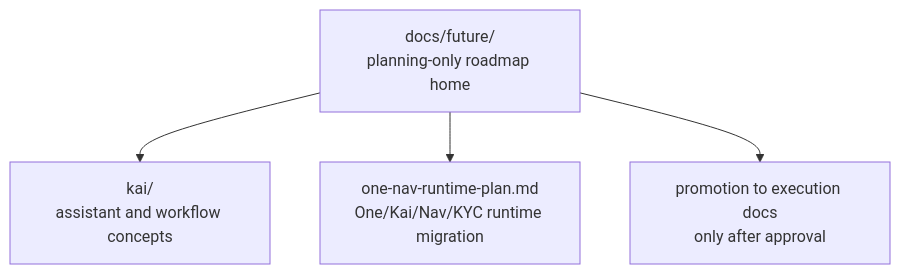
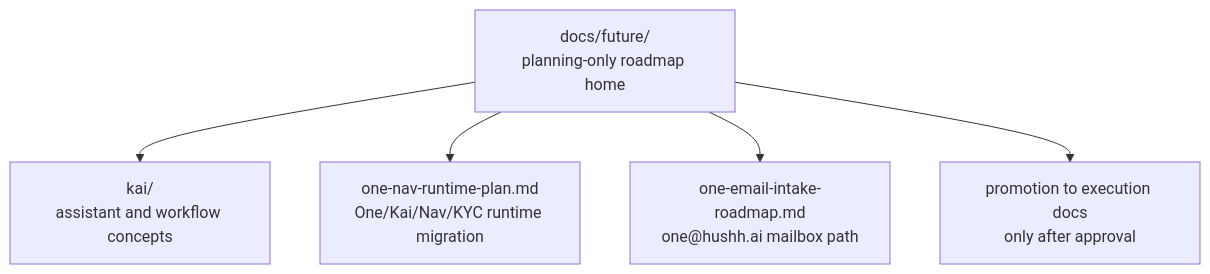
One commit to hushh-labs/hushh-research changed the diagram in docs/future/README.md. Above: the diagram before and after it, drawn with Mermaid. The commit also changed other lines of this file and 100 other files, not shown here.

````diff
--- a/docs/future/README.md
+++ b/docs/future/README.md
@@ -7,11 +7,13 @@
 ```mermaid
 flowchart TD
   root["docs/future/<br/>planning-only roadmap home"]
   kai["kai/<br/>assistant and workflow concepts"]
   oneNav["one-nav-runtime-plan.md<br/>One/Kai/Nav/KYC runtime migration"]
+  oneEmail["one-email-intake-roadmap.md<br/>one@hushh.ai mailbox path"]
   execution["promotion to execution docs<br/>only after approval"]
 
   root --> kai
   root --> oneNav
+  root --> oneEmail
   root --> execution
 ```
````
